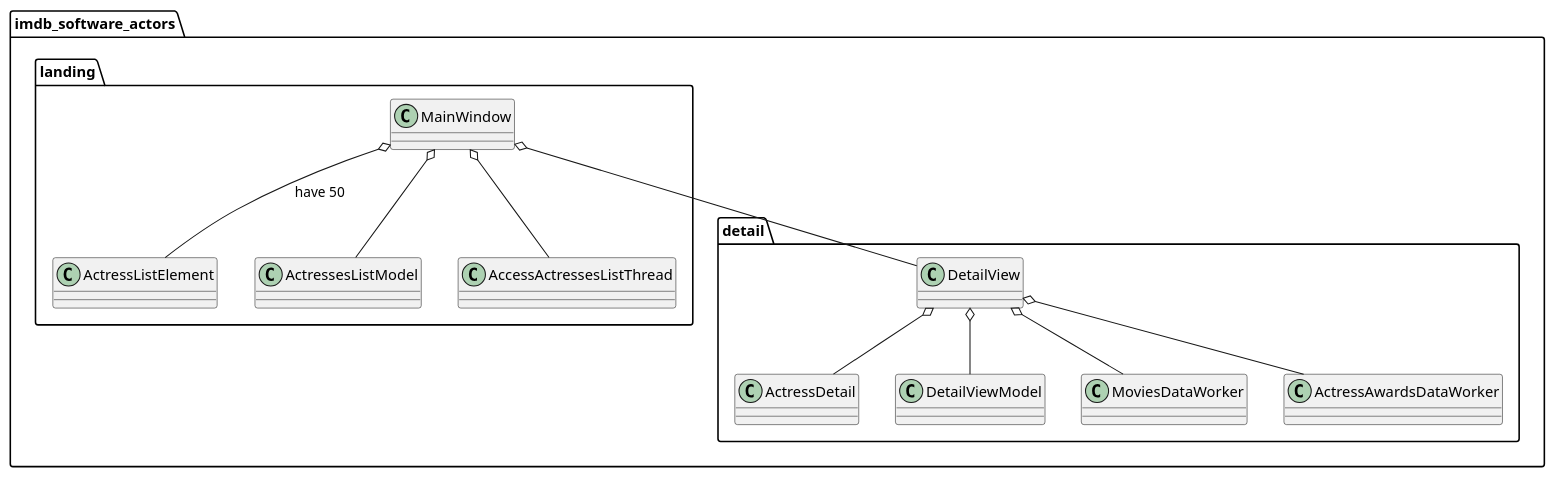
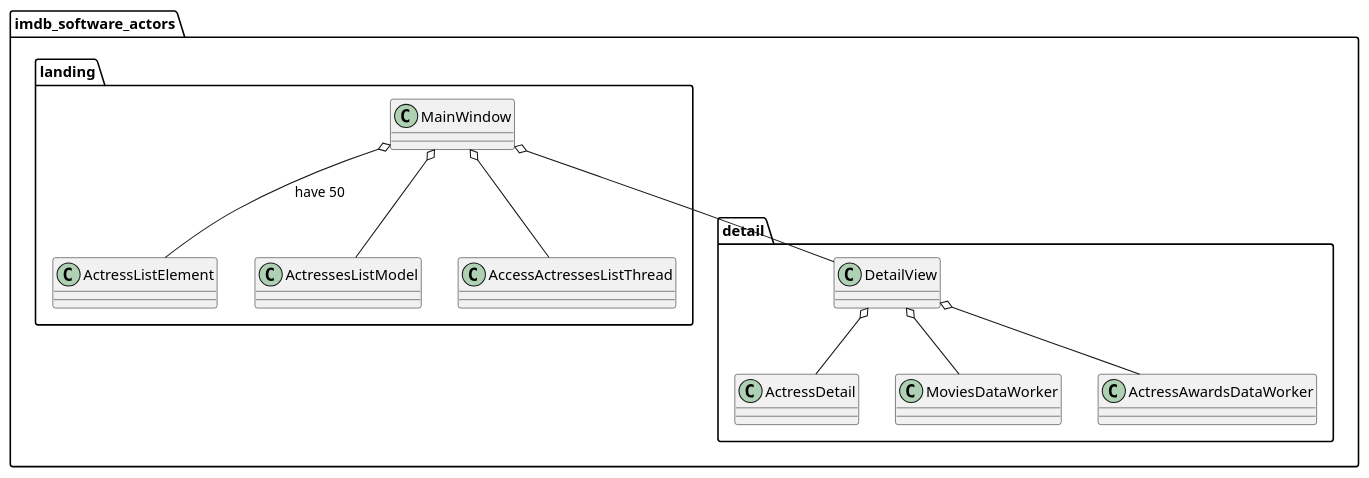
The diagram in Document/img/class_diagram.wsd (snakept/imdb_software_actors), drawn with PlantUML before and after one commit. The commit also changed 4 other files, not shown here.

Commit message:
- updated class diagram (removed DetailViewModel) - finished Design section

```diff
--- a/Document/img/class_diagram.wsd
+++ b/Document/img/class_diagram.wsd
@@ -1,29 +1,27 @@
 @startuml class_diagram
 
 package imdb_software_actors {
 
     package landing {
         class MainWindow
         class ActressListElement
         class ActressesListModel
         class AccessActressesListThread
     }
 
     package detail {
         class ActressDetail
         class DetailView
-        class DetailViewModel
         class MoviesDataWorker
         class ActressAwardsDataWorker
     }
 }
 
 MainWindow o-- DetailView
 MainWindow o-- ActressesListModel
 MainWindow o-- ActressListElement: have 50
 MainWindow o-- AccessActressesListThread
 DetailView o-- ActressDetail
 DetailView o-- ActressAwardsDataWorker
 DetailView o-- MoviesDataWorker
-DetailView o-- DetailViewModel
 @enduml
```
